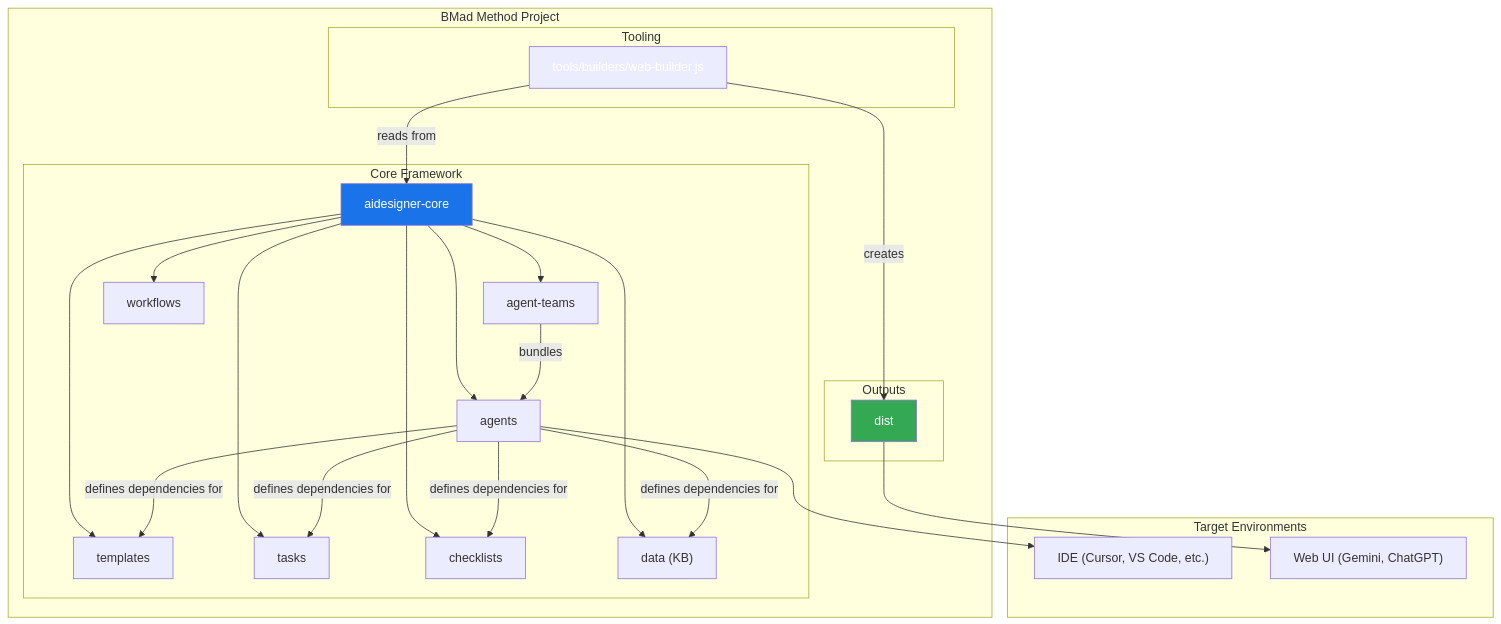
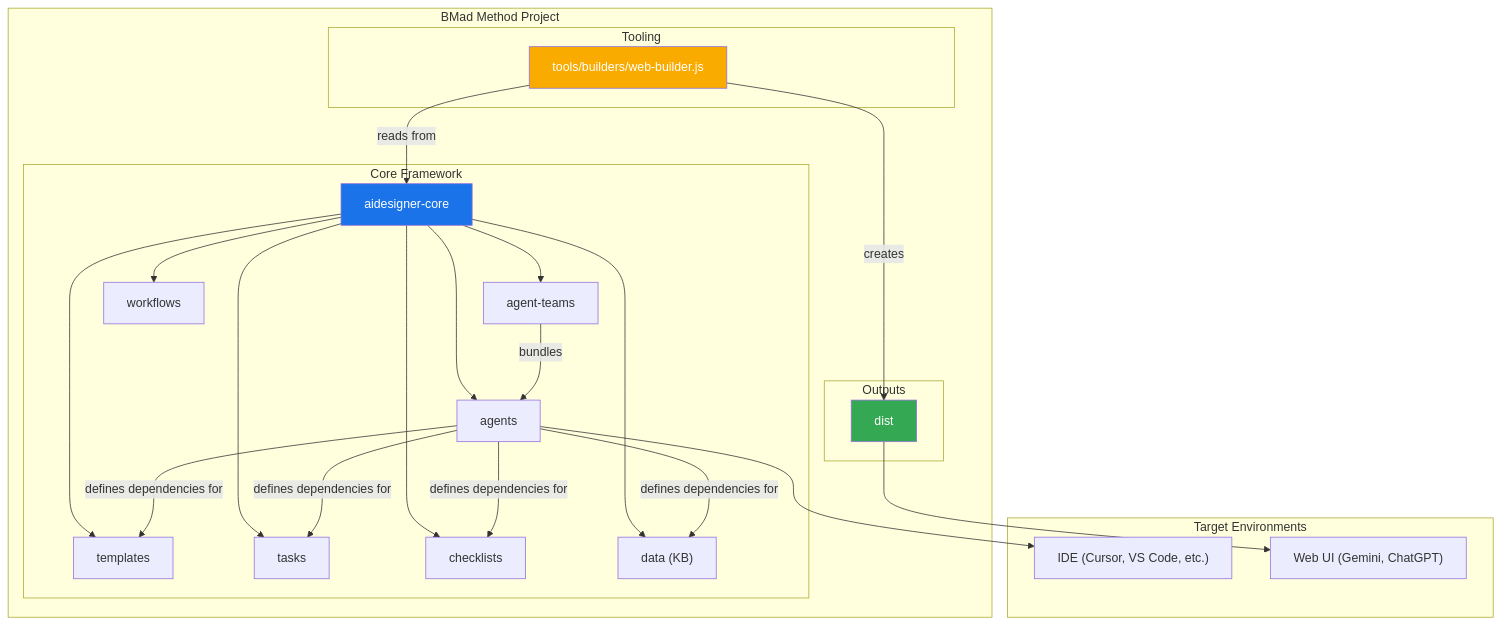
One commit to bacoco/AiDesigner changed the first of 3 diagrams in docs/core-architecture.md. Above: the diagram before and after it, drawn with Mermaid. The commit also changed other lines of this file and 17 other files, not shown here.

````diff
--- a/docs/core-architecture.md
+++ b/docs/core-architecture.md
@@ -17,44 +17,44 @@
 ```mermaid
 graph TD
     subgraph BMad Method Project
         subgraph Core Framework
             A["aidesigner-core"]
             A --> B["agents"]
             A --> C["agent-teams"]
             A --> D["workflows"]
             A --> E["templates"]
             A --> F["tasks"]
             A --> G["checklists"]
             A --> H["data (KB)"]
         end
 
         subgraph Tooling
             I["tools/builders/web-builder.js"]
         end
 
         subgraph Outputs
             J["dist"]
         end
 
         B -- defines dependencies for --> E
         B -- defines dependencies for --> F
         B -- defines dependencies for --> G
         B -- defines dependencies for --> H
 
         C -- bundles --> B
         I -- reads from --> A
         I -- creates --> J
     end
 
     subgraph Target Environments
         K["IDE (Cursor, VS Code, etc.)"]
         L["Web UI (Gemini, ChatGPT)"]
     end
 
     B --> K
     J --> L
 
     style A fill:#1a73e8,color:#fff
-    style I fill:#f9abaidesigneraidesigner,color:#fff
+    style I fill:#f9ab00,color:#fff
     style J fill:#34a853,color:#fff
 ```
````
